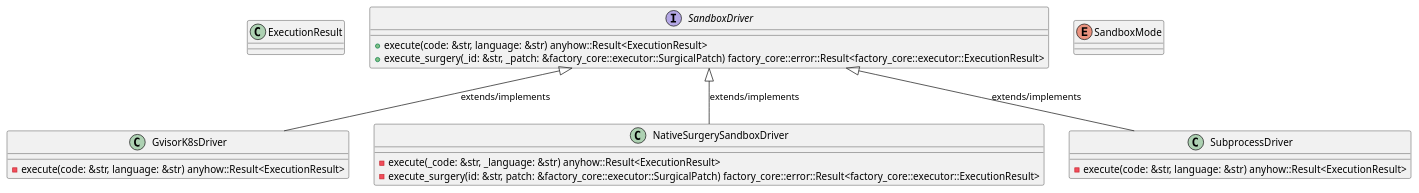
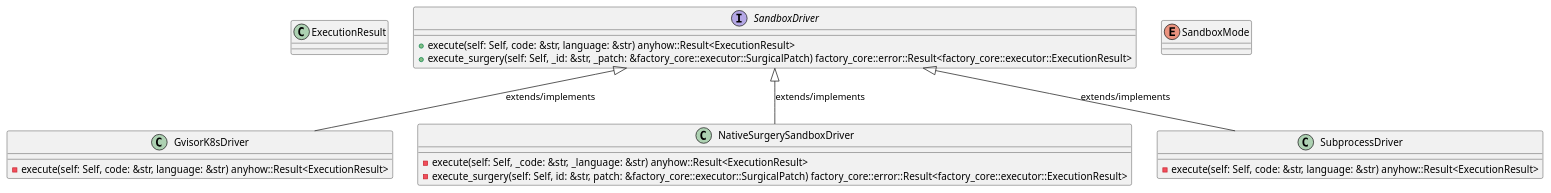
One commit to lgcorzo/rust_CACD_autonomous_factory changed the first of 6 diagrams in openwiki/crates_factory_mcp_server_src_sandbox.md. Above: the diagram before and after it, drawn with PlantUML. The commit also changed other lines of this file and 95 other files, not shown here.

````diff
--- a/openwiki/crates_factory_mcp_server_src_sandbox.md
+++ b/openwiki/crates_factory_mcp_server_src_sandbox.md
@@ -242,26 +244,26 @@
 ```plantuml
 @startuml
 class ExecutionResult {
 }
 class GvisorK8sDriver {
-    -execute(code: &str, language: &str) anyhow::Result<ExecutionResult>
+    -execute(self: Self, code: &str, language: &str) anyhow::Result<ExecutionResult>
 }
 SandboxDriver <|-- GvisorK8sDriver : extends/implements
 class NativeSurgerySandboxDriver {
-    -execute(_code: &str, _language: &str) anyhow::Result<ExecutionResult>
-    -execute_surgery(id: &str, patch: &factory_core::executor::SurgicalPatch) factory_core::error::Result<factory_core::executor::ExecutionResult>
+    -execute(self: Self, _code: &str, _language: &str) anyhow::Result<ExecutionResult>
+    -execute_surgery(self: Self, id: &str, patch: &factory_core::executor::SurgicalPatch) factory_core::error::Result<factory_core::executor::ExecutionResult>
 }
 SandboxDriver <|-- NativeSurgerySandboxDriver : extends/implements
 interface SandboxDriver {
-    +execute(code: &str, language: &str) anyhow::Result<ExecutionResult>
-    +execute_surgery(_id: &str, _patch: &factory_core::executor::SurgicalPatch) factory_core::error::Result<factory_core::executor::ExecutionResult>
+    +execute(self: Self, code: &str, language: &str) anyhow::Result<ExecutionResult>
+    +execute_surgery(self: Self, _id: &str, _patch: &factory_core::executor::SurgicalPatch) factory_core::error::Result<factory_core::executor::ExecutionResult>
 }
 enum SandboxMode {
 }
 class SubprocessDriver {
-    -execute(code: &str, language: &str) anyhow::Result<ExecutionResult>
+    -execute(self: Self, code: &str, language: &str) anyhow::Result<ExecutionResult>
 }
 SandboxDriver <|-- SubprocessDriver : extends/implements
 @enduml
 
 ```
````
